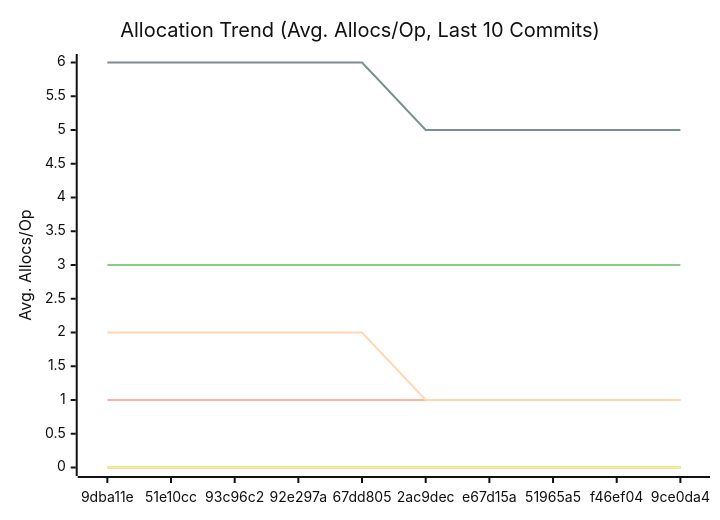
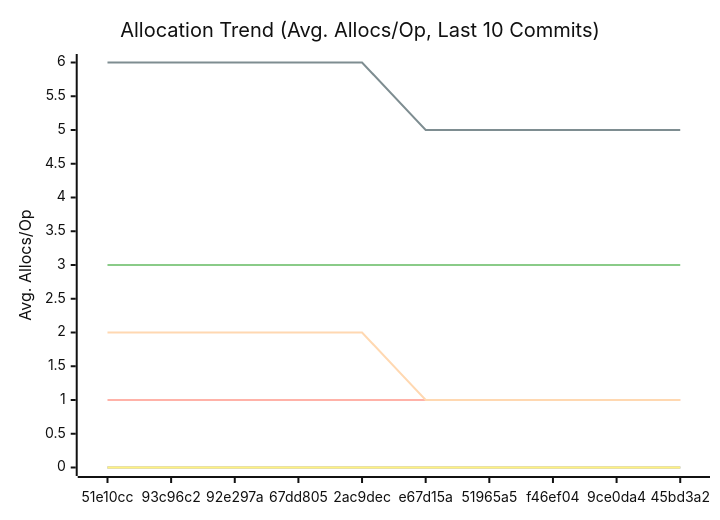
The third of 3 diagrams in docs/PERFORMANCE.md (alsotoes/momo), drawn with Mermaid (neutral theme) before and after one commit. The commit also changed other lines of this file and 14 other files, not shown here.

````diff
--- a/docs/PERFORMANCE.md
+++ b/docs/PERFORMANCE.md
@@ -114,16 +114,16 @@
 ```mermaid
 xychart-beta
     title "Allocation Trend (Avg. Allocs/Op, Last 10 Commits)"
     x-axis "Commit"
     y-axis "Avg. Allocs/Op"
-    x-axis [9dba11e,51e10cc,93c96c2,92e297a,67dd805,2ac9dec,e67d15a,51965a5,f46ef04,9ce0da4]
+    x-axis [51e10cc,93c96c2,92e297a,67dd805,2ac9dec,e67d15a,51965a5,f46ef04,9ce0da4,45bd3a2]
     line "CheckMetricsAndSwap" [0,0,0,0,0,0,0,0,0,0]
     line "CrushOptimized" [0,0,0,0,0,0,0,0,0,0]
     line "CrushOriginal" [3,3,3,3,3,3,3,3,3,3]
     line "IndexDirectTracking" [0,0,0,0,0,0,0,0,0,0]
     line "IndexSearch" [0,0,0,0,0,0,0,0,0,0]
     line "LoadGlobalConfig" [1,1,1,1,1,1,1,1,1,1]
     line "PadString" [0,0,0,0,0,0,0,0,0,0]
     line "ParseReplicationOrder_NoPrealloc" [6,6,6,6,6,5,5,5,5,5]
     line "ParseReplicationOrder_Prealloc" [2,2,2,2,2,1,1,1,1,1]
 ```
````
